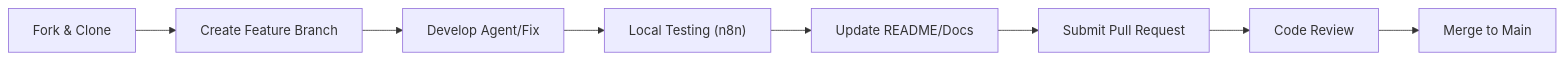
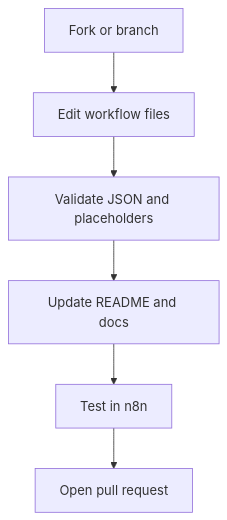
The diagram in docs/CONTRIBUTING.md (beydah/N8N-AI-Agent), drawn with Mermaid before and after one commit. The commit also changed other lines of this file and 6 other files, not shown here.

Commit message:
Refresh README structure and simplify workflow diagrams

````diff
--- a/docs/CONTRIBUTING.md
+++ b/docs/CONTRIBUTING.md
@@ -12,10 +9,8 @@
 ```mermaid
-graph LR
-    Fork["Fork & Clone"] --> Branch["Create Feature Branch"]
-    Branch --> Develop["Develop Agent/Fix"]
-    Develop --> Test["Local Testing (n8n)"]
-    Test --> Docs["Update README/Docs"]
-    Docs --> PR["Submit Pull Request"]
-    PR --> Review["Code Review"]
-    Review --> Merge["Merge to Main"]
+graph TD
+    Start["Fork or branch"] --> Update["Edit workflow files"]
+    Update --> Validate["Validate JSON and placeholders"]
+    Validate --> Docs["Update README and docs"]
+    Docs --> Test["Test in n8n"]
+    Test --> PR["Open pull request"]
 ```
````
